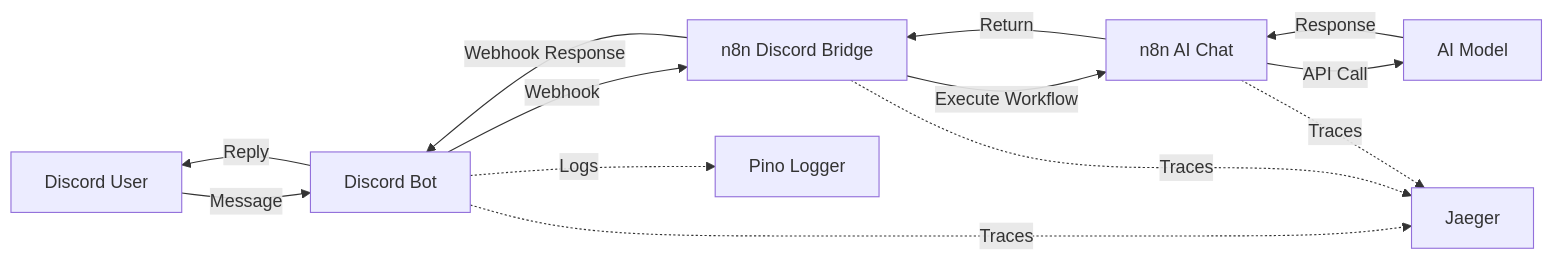
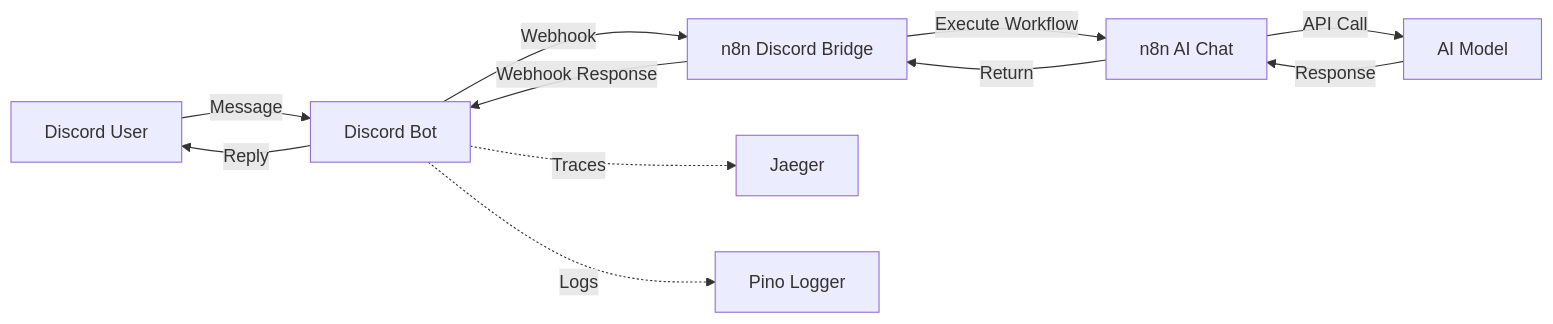
The first of 3 diagrams in README.md (pwarnock/discord-ai-platform), drawn with Mermaid before and after one commit. The commit also changed other lines of this file, not shown here.

Commit message:
Fix architecture diagrams - only Discord bot sends traces to Jaeger

````diff
--- a/README.md
+++ b/README.md
@@ -20,17 +20,14 @@
 ```mermaid
 graph LR
     A[Discord User] -->|Message| B[Discord Bot]
     B -->|Webhook| C[n8n Discord Bridge]
     C -->|Execute Workflow| D[n8n AI Chat]
     D -->|API Call| E[AI Model]
     E -->|Response| D
     D -->|Return| C
     C -->|Webhook Response| B
     B -->|Reply| A
     
     B -.->|Traces| F[Jaeger]
-    C -.->|Traces| F
-    D -.->|Traces| F
-    
     B -.->|Logs| G[Pino Logger]
 ```
````
